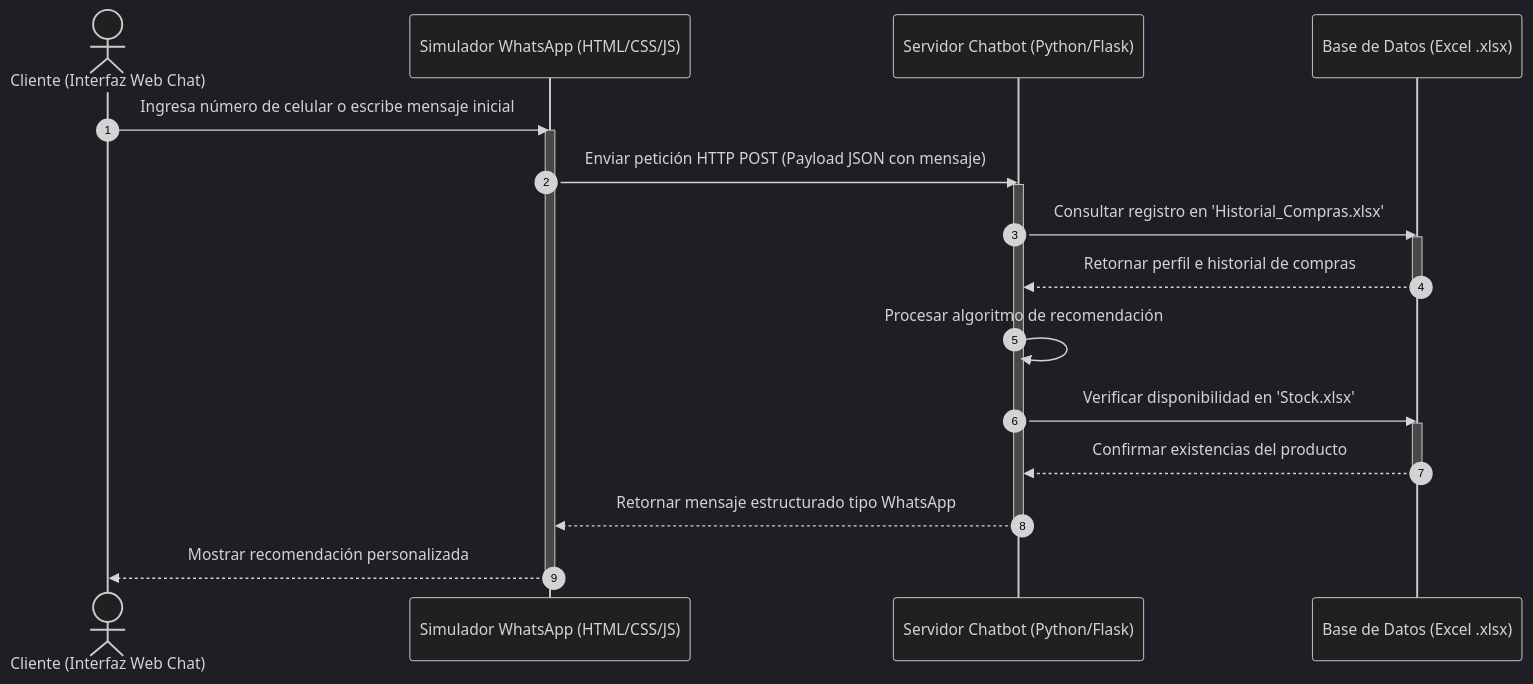
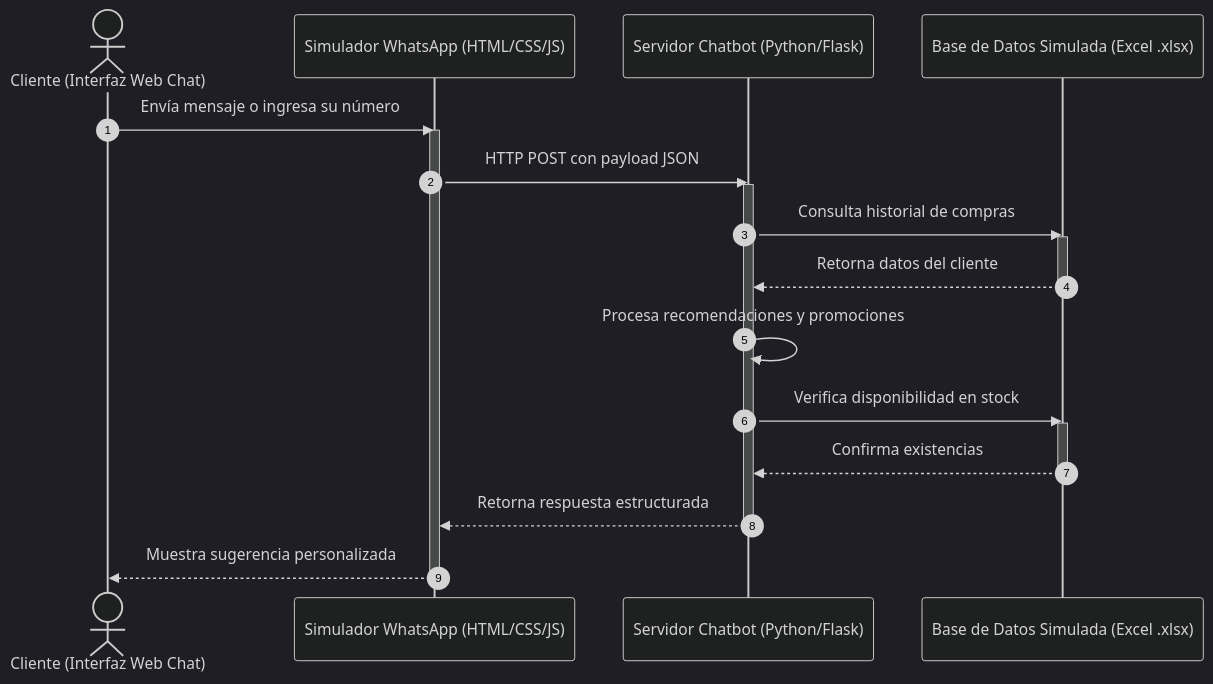
The second of 2 diagrams in docs/arquitectura/arquitectura-base.md (JH-Compan/Tambo-IA-Shopping-Assistant), drawn with Mermaid (dark theme) before and after one commit. The commit also changed other lines of this file, not shown here.

````diff
--- a/docs/arquitectura/arquitectura-base.md
+++ b/docs/arquitectura/arquitectura-base.md
@@ -145,44 +141,44 @@
 ```mermaid
 sequenceDiagram
     autonumber
 
     actor Cliente as Cliente (Interfaz Web Chat)
 
     participant Interfaz as Simulador WhatsApp (HTML/CSS/JS)
     participant Backend as Servidor Chatbot (Python/Flask)
-    participant Persistencia as Base de Datos (Excel .xlsx)
+    participant Persistencia as Base de Datos Simulada (Excel .xlsx)
 
-    Cliente->>Interfaz: Ingresa número de celular o escribe mensaje inicial
+    Cliente->>Interfaz: Envía mensaje o ingresa su número
 
     activate Interfaz
 
-    Interfaz->>Backend: Enviar petición HTTP POST (Payload JSON con mensaje)
+    Interfaz->>Backend: HTTP POST con payload JSON
 
     activate Backend
 
-    Backend->>Persistencia: Consultar registro en 'Historial_Compras.xlsx'
+    Backend->>Persistencia: Consulta historial de compras
 
     activate Persistencia
 
-    Persistencia-->>Backend: Retornar perfil e historial de compras
+    Persistencia-->>Backend: Retorna datos del cliente
 
     deactivate Persistencia
 
-    Backend->>Backend: Procesar algoritmo de recomendación
+    Backend->>Backend: Procesa recomendaciones y promociones
 
-    Backend->>Persistencia: Verificar disponibilidad en 'Stock.xlsx'
+    Backend->>Persistencia: Verifica disponibilidad en stock
 
     activate Persistencia
 
-    Persistencia-->>Backend: Confirmar existencias del producto
+    Persistencia-->>Backend: Confirma existencias
 
     deactivate Persistencia
 
-    Backend-->>Interfaz: Retornar mensaje estructurado tipo WhatsApp
+    Backend-->>Interfaz: Retorna respuesta estructurada
 
     deactivate Backend
 
-    Interfaz-->>Cliente: Mostrar recomendación personalizada
+    Interfaz-->>Cliente: Muestra sugerencia personalizada
 
     deactivate Interfaz
 ```
````
